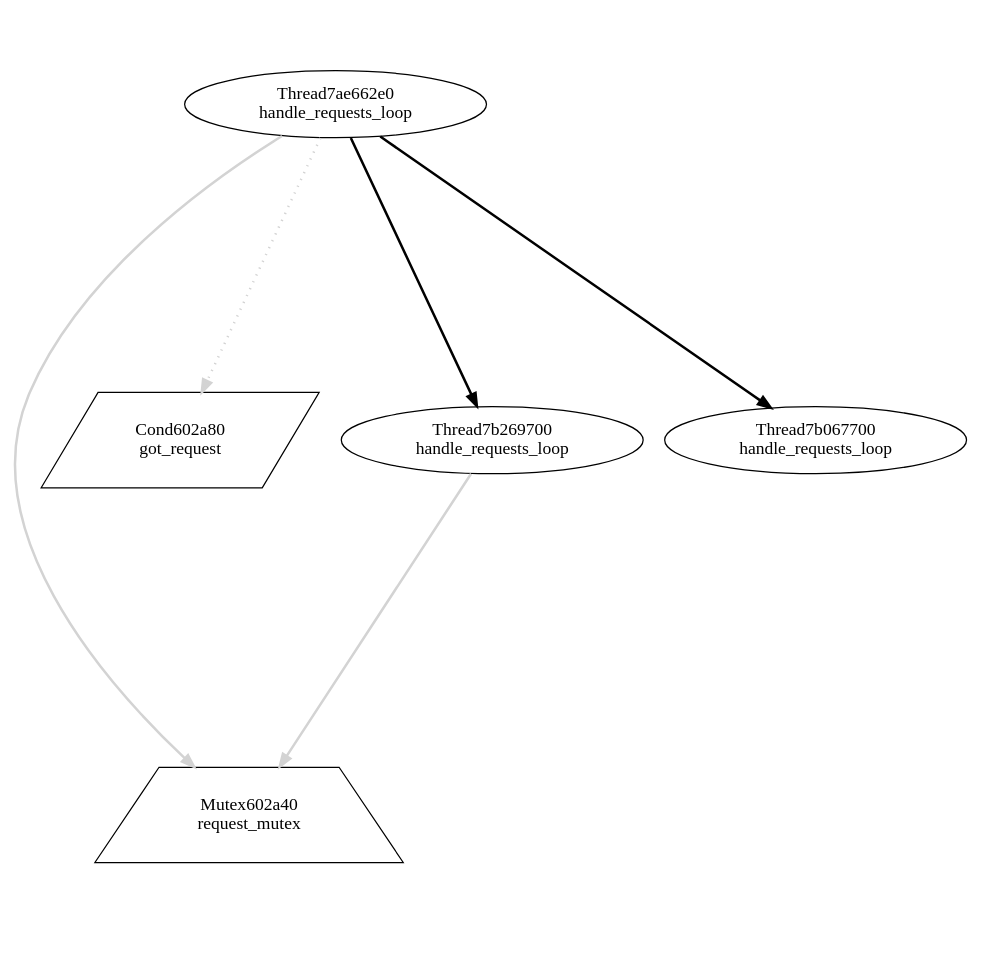
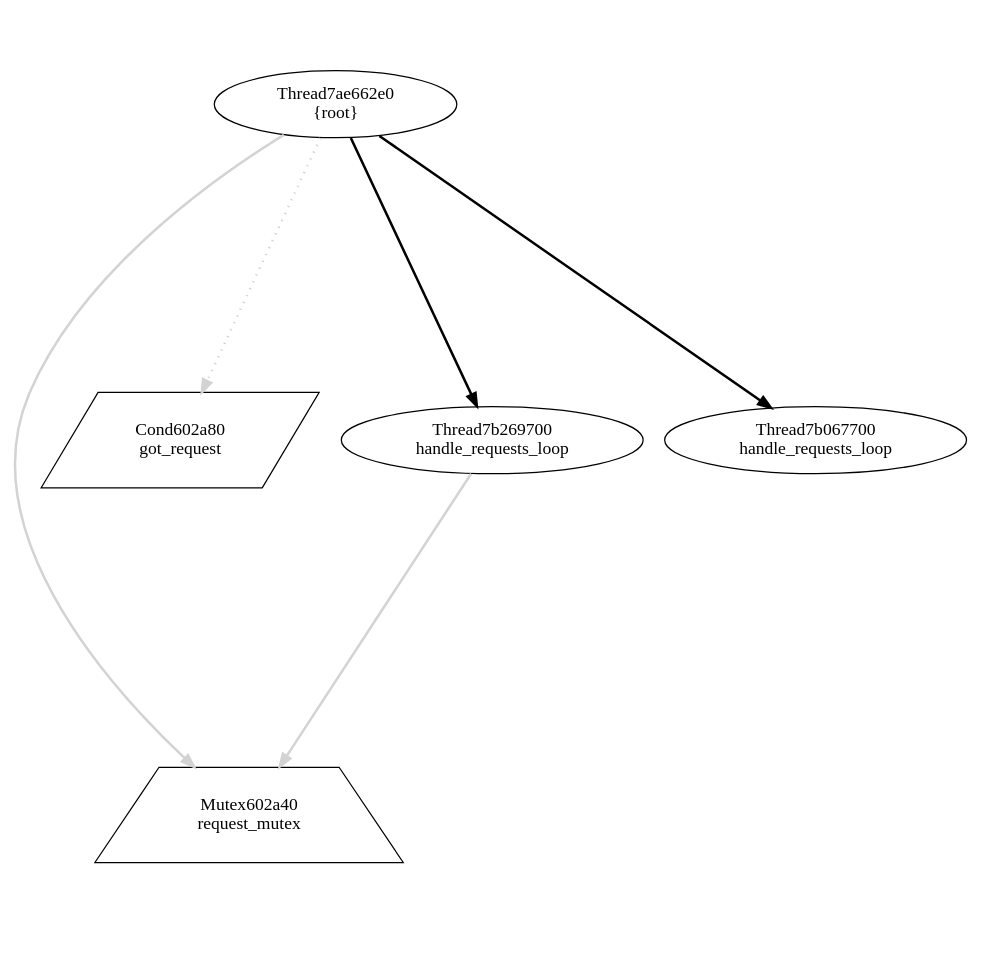
One commit to v4o6/cs410 changed the diagram in view/dot/graph017.dot. Above: the diagram before and after it, drawn with Graphviz. The commit also changed 102 other files, not shown here.

Commit message:
root thread's function should be unknown

```diff
--- a/view/dot/graph017.dot
+++ b/view/dot/graph017.dot
@@ -1,13 +1,13 @@
 digraph G {
 graph[center=true, ratio=1];
 Mutex602a40 [shape=trapezium,color=black,label="Mutex602a40\nrequest_mutex"];
 Cond602a80 [shape=parallelogram,color=black,label="Cond602a80\ngot_request"];
-Thread7ae662e0 [color=black,label="Thread7ae662e0\nhandle_requests_loop"];
+Thread7ae662e0 [color=black,label="Thread7ae662e0\n{root}"];
 Thread7ae662e0 -> Mutex602a40 [arrowhead=normal,color=lightgray,penwidth=2];
 Thread7ae662e0 -> Cond602a80 [style=dotted,color=lightgray,penwidth=2];
 Thread7ae662e0 -> Thread7b269700 [arrowhead=normal,penwidth=2];
 Thread7ae662e0 -> Thread7b067700 [arrowhead=normal,penwidth=2];
 Thread7b269700 [color=black,label="Thread7b269700\nhandle_requests_loop"];
 Thread7b269700 -> Mutex602a40 [arrowhead=normal,color=lightgray,penwidth=2];
 Thread7b067700 [color=black,label="Thread7b067700\nhandle_requests_loop"];
 }
```
